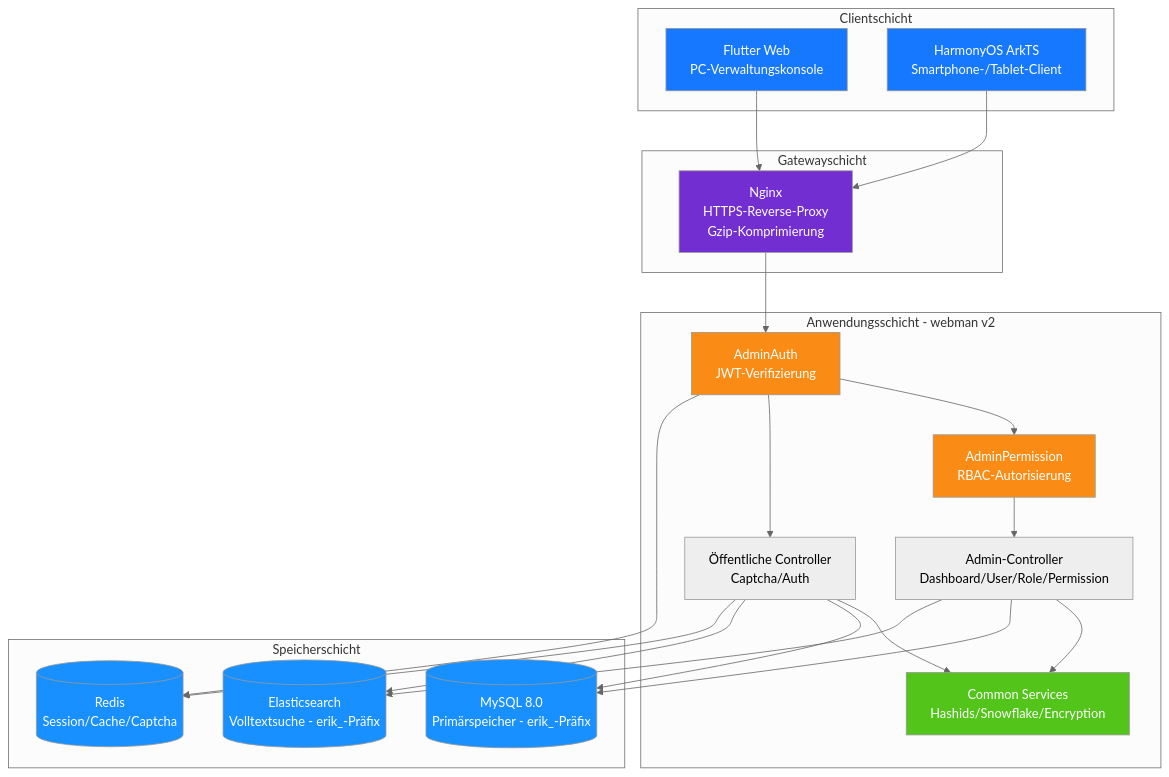
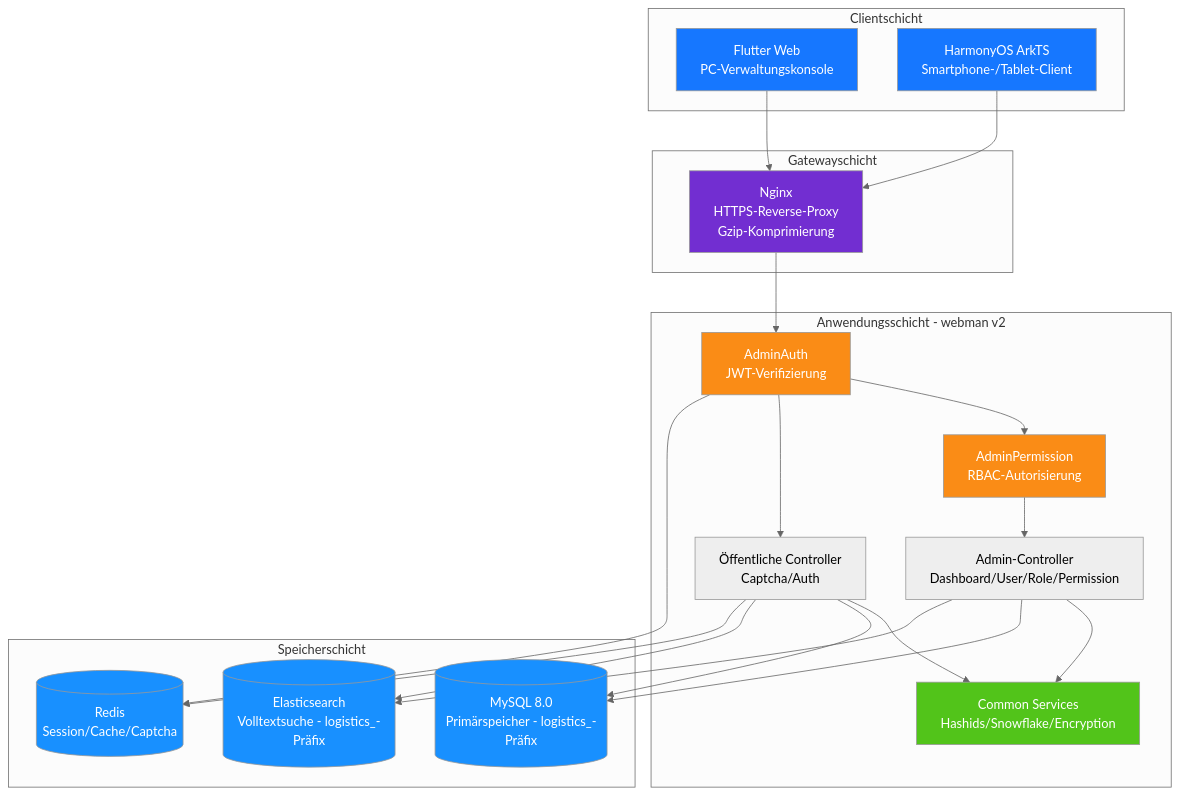
One commit to erikwang2013/integrated-global-logistics changed the diagram in admin/docs/diagrams/01-system-architecture.de.md. Above: the diagram before and after it, drawn with Mermaid (neutral theme). The commit also changed 211 other files, not shown here.

````diff
--- a/admin/docs/diagrams/01-system-architecture.de.md
+++ b/admin/docs/diagrams/01-system-architecture.de.md
@@ -7,50 +7,50 @@
 ```mermaid
 flowchart TB
     subgraph clients["Clientschicht"]
         flutter["Flutter Web<br/>PC-Verwaltungskonsole"]
         harmony["HarmonyOS ArkTS<br/>Smartphone-/Tablet-Client"]
     end
 
     subgraph gateway["Gatewayschicht"]
         nginx["Nginx<br/>HTTPS-Reverse-Proxy<br/>Gzip-Komprimierung"]
     end
 
     subgraph app["Anwendungsschicht - webman v2"]
         auth["AdminAuth<br/>JWT-Verifizierung"]
         perm["AdminPermission<br/>RBAC-Autorisierung"]
         admin["Admin-Controller<br/>Dashboard/User/Role/Permission"]
         public["Öffentliche Controller<br/>Captcha/Auth"]
         common["Common Services<br/>Hashids/Snowflake/Encryption"]
     end
 
     subgraph storage["Speicherschicht"]
-        mysql[("MySQL 8.0<br/>Primärspeicher - erik_-Präfix")]
-        es[("Elasticsearch<br/>Volltextsuche - erik_-Präfix")]
+        mysql[("MySQL 8.0<br/>Primärspeicher - logistics_-Präfix")]
+        es[("Elasticsearch<br/>Volltextsuche - logistics_-Präfix")]
         redis[("Redis<br/>Session/Cache/Captcha")]
     end
 
     flutter --> nginx
     harmony --> nginx
     nginx --> auth
     auth --> perm
     perm --> admin
     auth --> public
     admin --> common
     public --> common
     admin --> mysql
     public --> mysql
     admin --> es
     public --> es
     auth --> redis
     public --> redis
 
     style flutter fill:#1677FF,color:#fff
     style harmony fill:#1677FF,color:#fff
     style nginx fill:#722ED1,color:#fff
     style auth fill:#FA8C16,color:#fff
     style perm fill:#FA8C16,color:#fff
     style common fill:#52C41A,color:#fff
     style mysql fill:#1890FF,color:#fff
     style es fill:#1890FF,color:#fff
     style redis fill:#1890FF,color:#fff
 ```
````
